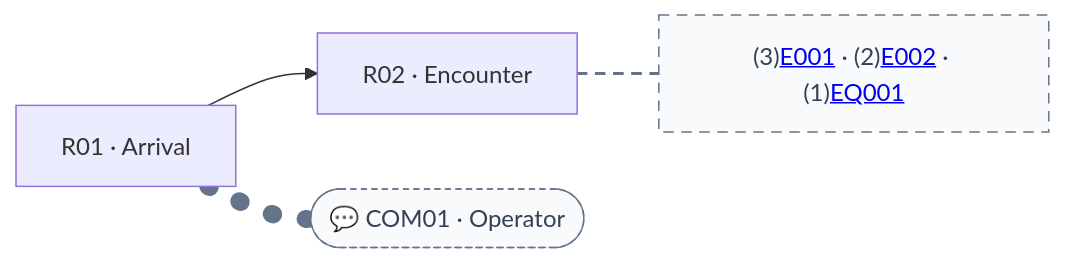
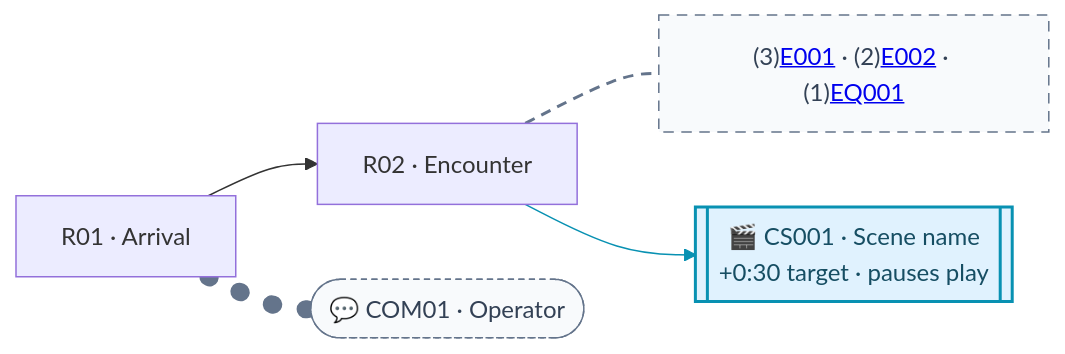
The diagram in wiki-rules.md (justgook/imprint-zero), drawn with Mermaid before and after one commit. The commit also changed other lines of this file and 24 other files, not shown here.

Commit message:
📝(cutscenes): add stable scene catalogue and M03 RAM introductions

````diff
--- a/wiki-rules.md
+++ b/wiki-rules.md
@@ -113,14 +117,19 @@
 ```mermaid
 flowchart LR
     A["R01 · Arrival"] --> B["R02 · Encounter"]
     A -.- COM(["💬 COM01 · Operator"])
     B -.- CONTENT["(3)<a href='#/enemies/e001'>E001</a> · (2)<a href='#/enemies/e002'>E002</a> · (1)<a href='#/equipment/eq001'>EQ001</a>"]
 
+    B --> CS001[["🎬 CS001 · Scene name<br/>+0:30 target · pauses play"]]
+    click CS001 href "#/cutscenes/cs001"
     click COM href "#/locale/en/dialogue.po?entry=dialogue.m01.com01"
     classDef communication fill:#f8fafc,stroke:#64748b,color:#334155,stroke-width:1px,stroke-dasharray:4 3;
     classDef roomContent fill:#f8fafc,stroke:#64748b,color:#334155,stroke-width:1px,stroke-dasharray:7 5;
+    classDef cutscene fill:#e0f2fe,stroke:#0891b2,color:#164e63,stroke-width:2px;
     class COM communication;
     class CONTENT roomContent;
+    class CS001 cutscene;
+    linkStyle 3 stroke:#0891b2,stroke-width:1px;
     linkStyle 1 stroke:#64748b,stroke-width:12px,stroke-dasharray:1 22,stroke-linecap:round;
     linkStyle 2 stroke:#64748b,stroke-width:2px,stroke-dasharray:7 5;
 ```
````
